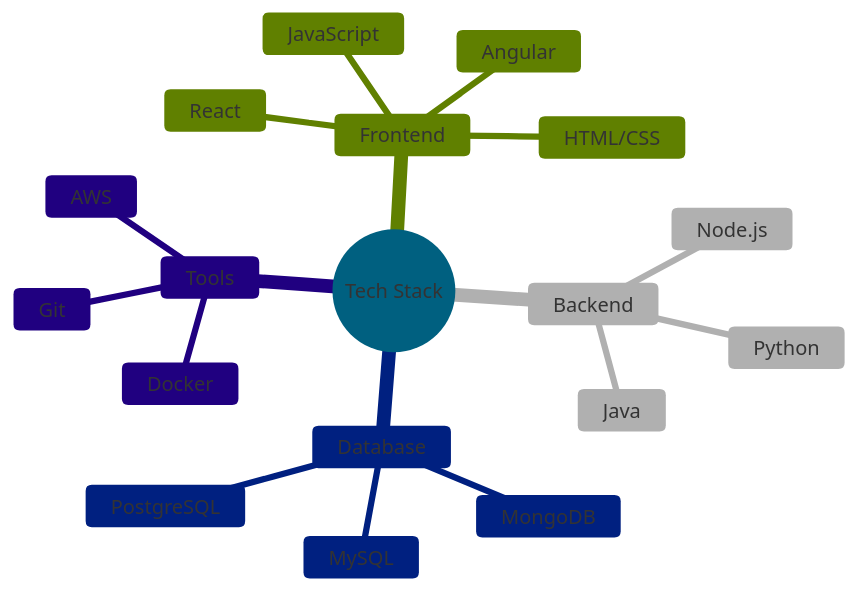
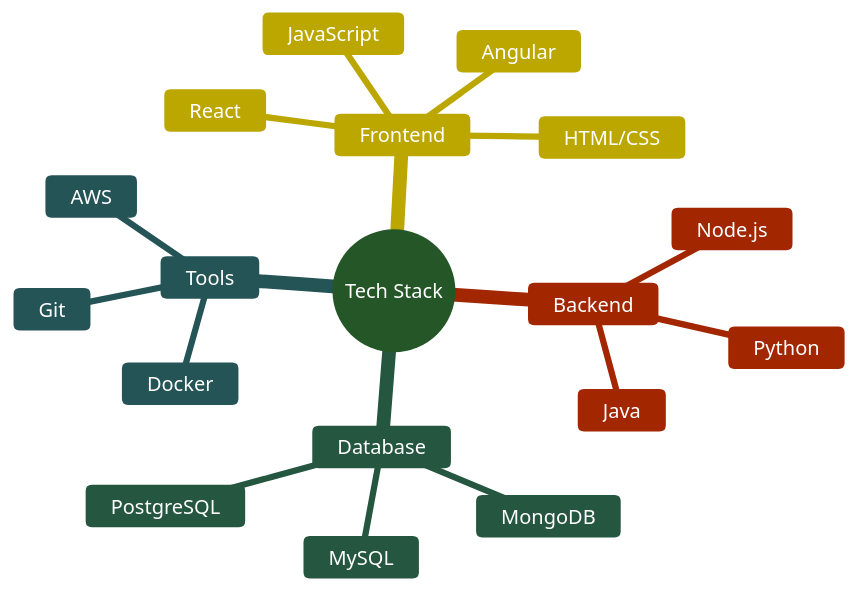
Before and after one commit to udithanayanajith/udithanayanajith: the first of 3 diagrams in README.md, drawn with Mermaid.

````diff
--- a/README.md
+++ b/README.md
@@ -12,23 +12,23 @@
 ```mermaid
-%%{init: {'theme': 'base', 'themeVariables': { 'fontSize': '16px', 'primaryColor': '#00BFFF', 'tertiaryColor': '#F0F0F0'}}}%%
+%%{init: {'theme': 'base', 'themeVariables': { 'fontSize': '16px', 'primaryColor': '#4CAF50', 'secondaryColor': '#FFEB3B', 'tertiaryColor': '#FF5722', 'edgeLabelBackground': '#ffffff', 'primaryTextColor': '#FFFFFF', 'secondaryTextColor': '#000000', 'tertiaryTextColor': '#FFFFFF', 'nodeBorder': '2px solid #FFEB3B', 'nodeTextColor': '#FFFFFF', 'linkColor': '#2196F3'}}}%%
 mindmap
   root((Tech Stack))
     Frontend
       HTML/CSS
       JavaScript
       React
       Angular
     Backend
       Node.js
       Python
       Java
     Database
       MongoDB
       MySQL
       PostgreSQL
     Tools
       Git
       Docker
       AWS
 
 ```
````
